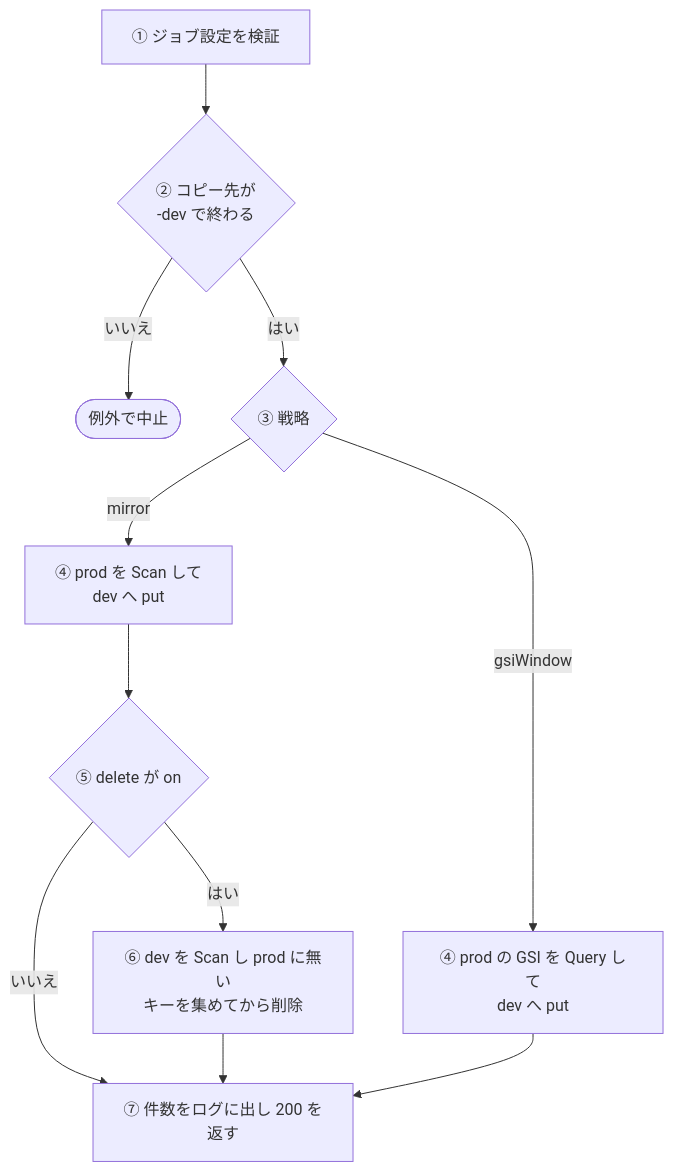
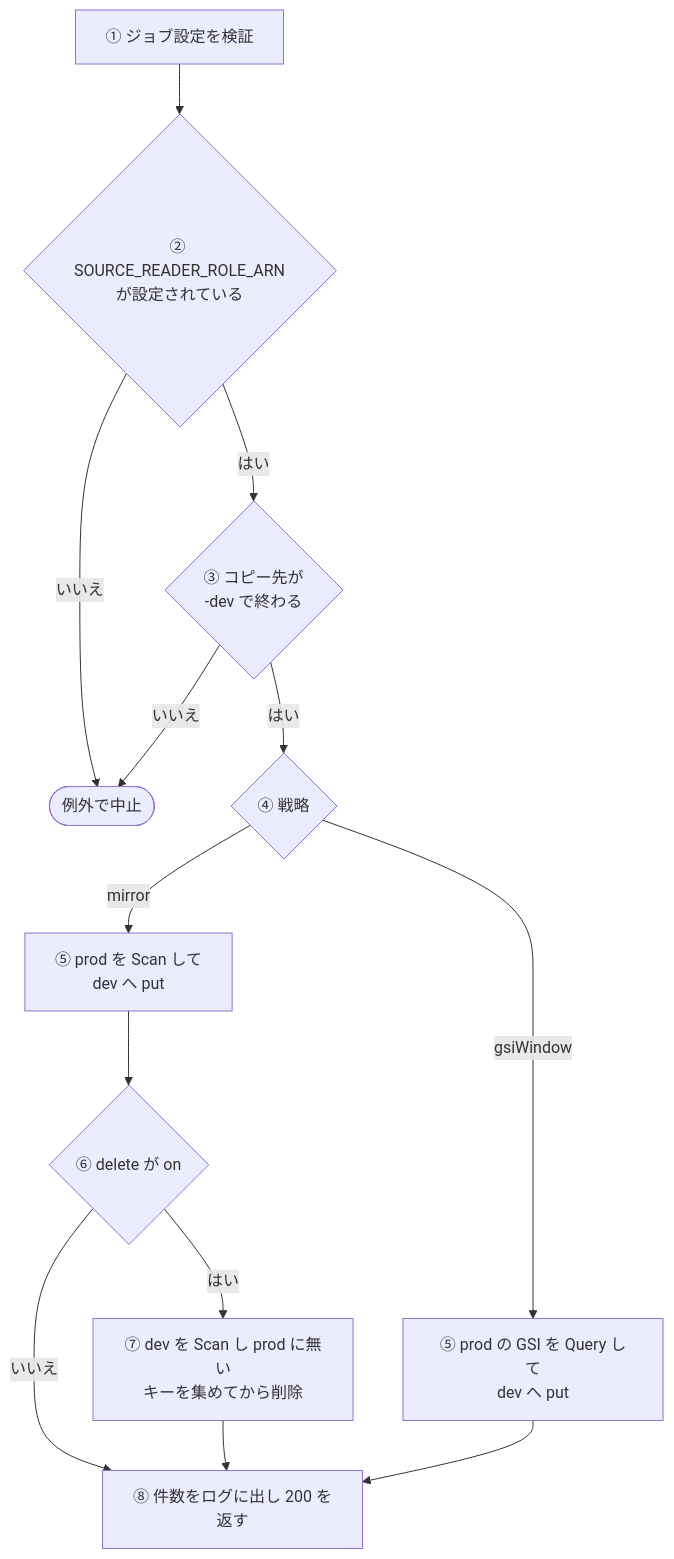
One commit to nagiyu/nagiyu-platform changed the first of 2 diagrams in docs/services/dev-sync/specs/batch/sync.md. Above: the diagram before and after it, drawn with Mermaid. The commit also changed other lines of this file and 9 other files, not shown here.

````diff
--- a/docs/services/dev-sync/specs/batch/sync.md
+++ b/docs/services/dev-sync/specs/batch/sync.md
@@ -37,13 +37,15 @@
 ```mermaid
 flowchart TD
-    A[① ジョブ設定を検証] --> B{② コピー先が<br/>-dev で終わる}
-    B -->|いいえ| X([例外で中止])
-    B -->|はい| C{③ 戦略}
-    C -->|mirror| D[④ prod を Scan して<br/>dev へ put]
-    C -->|gsiWindow| G[④ prod の GSI を Query して<br/>dev へ put]
-    D --> E{⑤ delete が on}
-    E -->|はい| F[⑥ dev を Scan し prod に無い<br/>キーを集めてから削除]
+    A[① ジョブ設定を検証] --> R{② SOURCE_READER_ROLE_ARN<br/>が設定されている}
+    R -->|いいえ| X([例外で中止])
+    R -->|はい| B{③ コピー先が<br/>-dev で終わる}
+    B -->|いいえ| X
+    B -->|はい| C{④ 戦略}
+    C -->|mirror| D[⑤ prod を Scan して<br/>dev へ put]
+    C -->|gsiWindow| G[⑤ prod の GSI を Query して<br/>dev へ put]
+    D --> E{⑥ delete が on}
+    E -->|はい| F[⑦ dev を Scan し prod に無い<br/>キーを集めてから削除]
     E -->|いいえ| H
-    F --> H[⑦ 件数をログに出し 200 を返す]
+    F --> H[⑧ 件数をログに出し 200 を返す]
     G --> H
 ```
````
